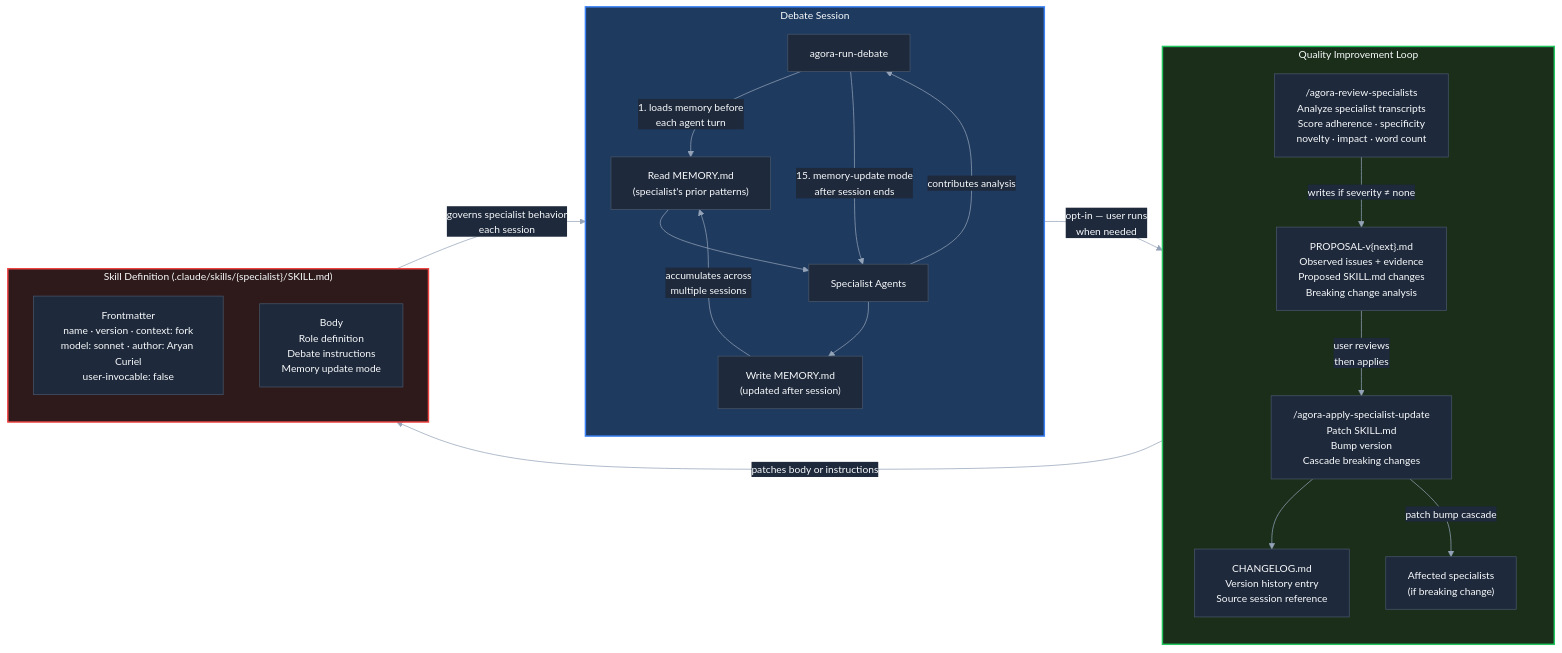
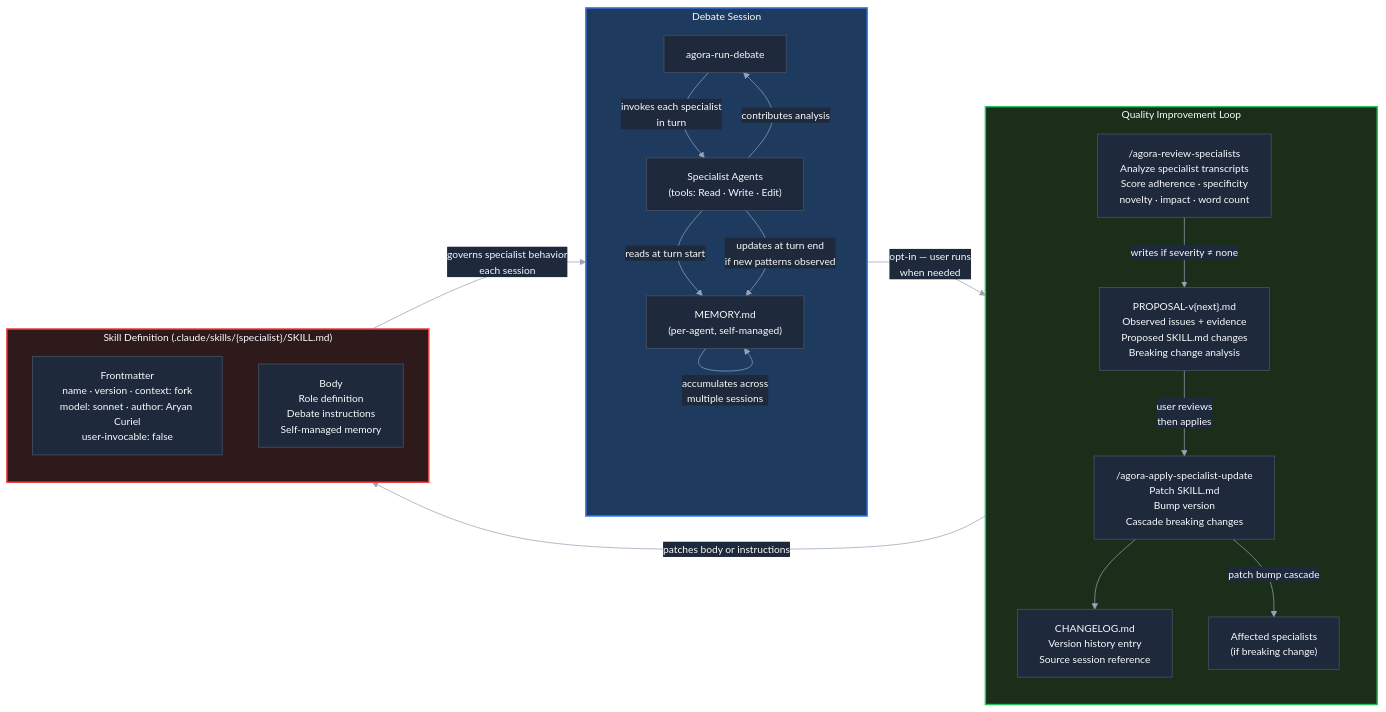
Before and after one commit to aryan-curiel/agora: the diagram in docs/diagrams/04-continuous-improvement.mmd, drawn with Mermaid. The commit also changed 7 other files, not shown here.

First line of the commit message:
Update diagrams, landing page, and slides for agent-owned memory

```diff
--- a/docs/diagrams/04-continuous-improvement.mmd
+++ b/docs/diagrams/04-continuous-improvement.mmd
@@ -1,42 +1,40 @@
 %%{init: {"theme": "base", "themeVariables": {"primaryColor": "#1e293b", "primaryTextColor": "#f8fafc", "primaryBorderColor": "#475569", "lineColor": "#94a3b8", "secondaryColor": "#0f172a", "background": "#0f172a", "mainBkg": "#1e293b", "nodeBorder": "#475569", "clusterBkg": "#162032", "titleColor": "#f8fafc", "edgeLabelBackground": "#1e293b", "fontFamily": "monospace", "fontSize": "14px"}}}%%
 
 graph LR
     subgraph SESSION["Debate Session"]
         direction TB
         RD["agora-run-debate"]
-        AGENTS["Specialist Agents"]
-        MEM_R["Read MEMORY.md\n(specialist's prior patterns)"]
-        MEM_W["Write MEMORY.md\n(updated after session)"]
-        RD -->|"1. loads memory before\neach agent turn"| MEM_R
-        MEM_R --> AGENTS
+        AGENTS["Specialist Agents\n(tools: Read · Write · Edit)"]
+        MEM["MEMORY.md\n(per-agent, self-managed)"]
+        RD -->|"invokes each specialist\nin turn"| AGENTS
+        AGENTS -->|"reads at turn start"| MEM
         AGENTS -->|"contributes analysis"| RD
-        RD -->|"15. memory-update mode\nafter session ends"| AGENTS
-        AGENTS --> MEM_W
+        AGENTS -->|"updates at turn end\nif new patterns observed"| MEM
     end
 
     subgraph REVIEW_LOOP["Quality Improvement Loop"]
         direction TB
         REV["/agora-review-specialists\nAnalyze specialist transcripts\nScore adherence · specificity\nnovelty · impact · word count"]
         PROP["PROPOSAL-v{next}.md\nObserved issues + evidence\nProposed SKILL.md changes\nBreaking change analysis"]
         APPLY["/agora-apply-specialist-update\nPatch SKILL.md\nBump version\nCascade breaking changes"]
         CHNG["CHANGELOG.md\nVersion history entry\nSource session reference"]
         REV -->|"writes if severity ≠ none"| PROP
         PROP -->|"user reviews\nthen applies"| APPLY
         APPLY --> CHNG
         APPLY -->|"patch bump cascade"| AFFECTED["Affected specialists\n(if breaking change)"]
     end
 
     subgraph SKILL_FILE["Skill Definition  (.claude/skills/{specialist}/SKILL.md)"]
         direction TB
         FRONTMATTER["Frontmatter\nname · version · context: fork\nmodel: sonnet · author: Aryan Curiel\nuser-invocable: false"]
-        BODY["Body\nRole definition\nDebate instructions\nMemory update mode"]
+        BODY["Body\nRole definition\nDebate instructions\nSelf-managed memory"]
     end
 
-    MEM_W -->|"accumulates across\nmultiple sessions"| MEM_R
+    MEM -->|"accumulates across\nmultiple sessions"| MEM
     SESSION -->|"opt-in — user runs\nwhen needed"| REVIEW_LOOP
     APPLY -->|"patches body or instructions"| SKILL_FILE
     SKILL_FILE -->|"governs specialist behavior\neach session"| AGENTS
 
     style SESSION fill:#1e3a5f,stroke:#3b82f6,stroke-width:2px,color:#f8fafc
     style REVIEW_LOOP fill:#1a2e1a,stroke:#22c55e,stroke-width:2px,color:#f8fafc
     style SKILL_FILE fill:#2e1a1a,stroke:#ef4444,stroke-width:2px,color:#f8fafc
```
